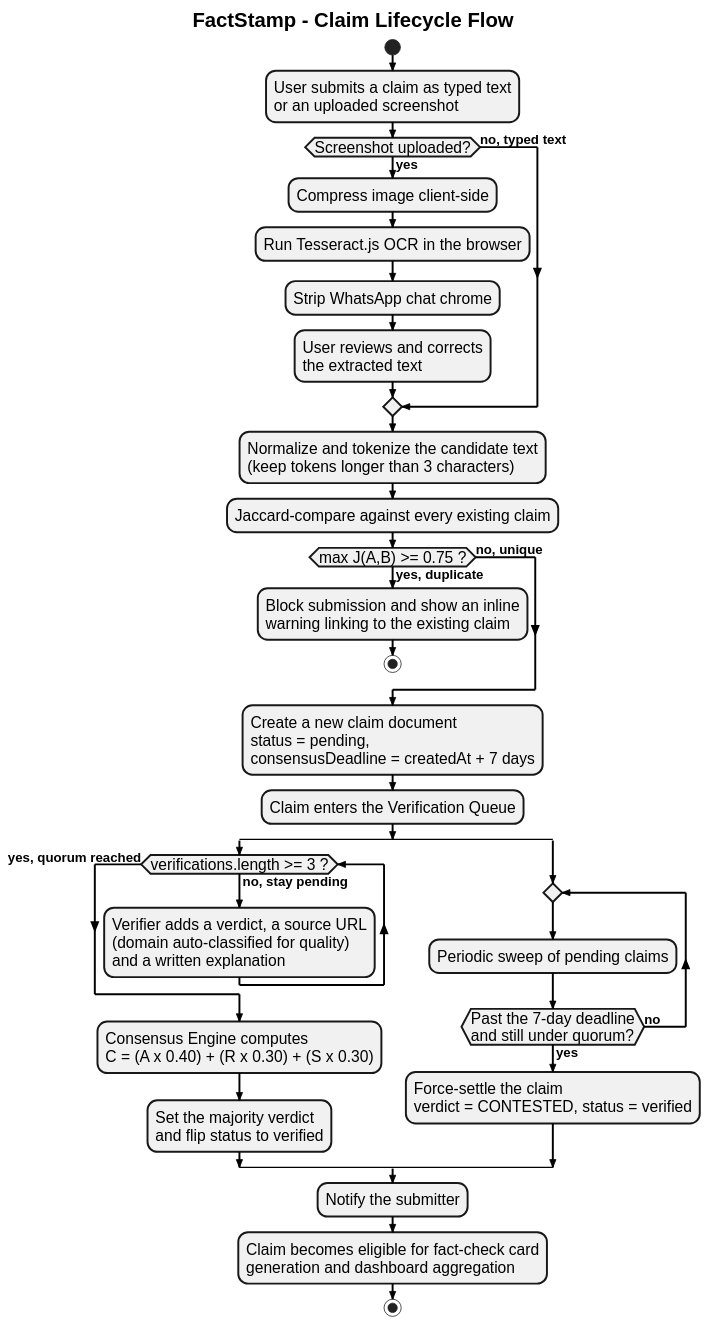
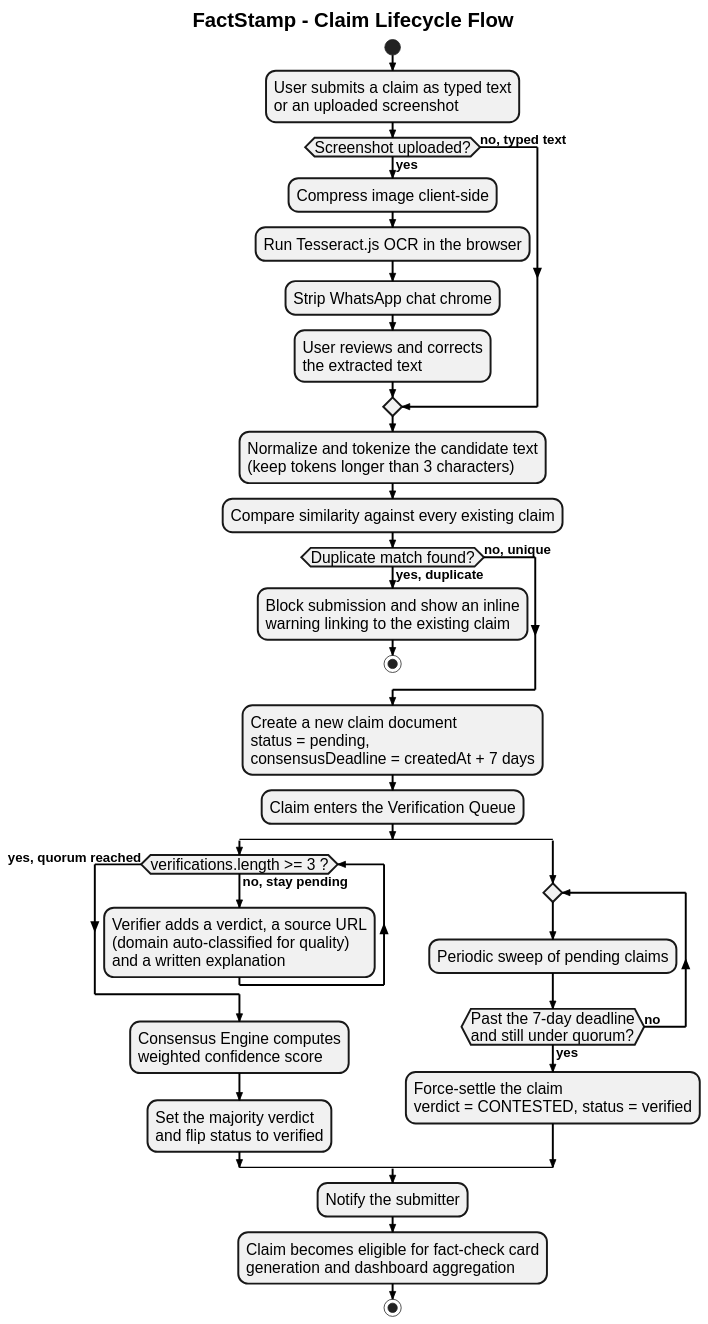
The diagram in FactStamp/black_book_draft/04_System_Design/attachments/claim_lifecycle_flow.puml (aadish0day/typst), drawn with PlantUML before and after one commit. The commit also changed 50 other files, not shown here.

```diff
--- a/FactStamp/black_book_draft/04_System_Design/attachments/claim_lifecycle_flow.puml
+++ b/FactStamp/black_book_draft/04_System_Design/attachments/claim_lifecycle_flow.puml
@@ -1,68 +1,68 @@
 @startuml
 skinparam style strictuml
 skinparam monochrome true
 skinparam defaultFontName "Liberation Sans"
 skinparam defaultFontSize 20
 skinparam defaultFontStyle bold
 skinparam titleFontSize 26
 skinparam titleFontStyle bold
 skinparam backgroundColor white
 skinparam ArrowColor black
 skinparam ArrowThickness 2.5
 skinparam ArrowFontSize 17
 skinparam ArrowFontStyle bold
 skinparam ActivityBorderThickness 2.5
 skinparam ActivityDiamondBorderThickness 2.5
 skinparam nodesep 30
 skinparam ranksep 30
 title FactStamp - Claim Lifecycle Flow
 
 start
 
 :User submits a claim as typed text\nor an uploaded screenshot;
 
 if (Screenshot uploaded?) then (yes)
   :Compress image client-side;
   :Run Tesseract.js OCR in the browser;
   :Strip WhatsApp chat chrome;
   :User reviews and corrects\nthe extracted text;
 else (no, typed text)
 endif
 
 :Normalize and tokenize the candidate text\n(keep tokens longer than 3 characters);
 
-:Jaccard-compare against every existing claim;
+:Compare similarity against every existing claim;
 
-if (max J(A,B) >= 0.75 ?) then (yes, duplicate)
+if (Duplicate match found?) then (yes, duplicate)
   :Block submission and show an inline\nwarning linking to the existing claim;
   stop
 else (no, unique)
 endif
 
 :Create a new claim document\nstatus = pending,\nconsensusDeadline = createdAt + 7 days;
 
 :Claim enters the Verification Queue;
 
 split
   while (verifications.length >= 3 ?) is (no, stay pending)
     :Verifier adds a verdict, a source URL\n(domain auto-classified for quality)\nand a written explanation;
   endwhile (yes, quorum reached)
 
-  :Consensus Engine computes\nC = (A x 0.40) + (R x 0.30) + (S x 0.30);
+  :Consensus Engine computes\nweighted confidence score;
   :Set the majority verdict\nand flip status to verified;
 
 split again
   repeat
     :Periodic sweep of pending claims;
   repeat while (Past the 7-day deadline\nand still under quorum?) is (no) not (yes)
 
   :Force-settle the claim\nverdict = CONTESTED, status = verified;
 end split
 
 :Notify the submitter;
 
 :Claim becomes eligible for fact-check card\ngeneration and dashboard aggregation;
 
 stop
 
 @enduml
```
